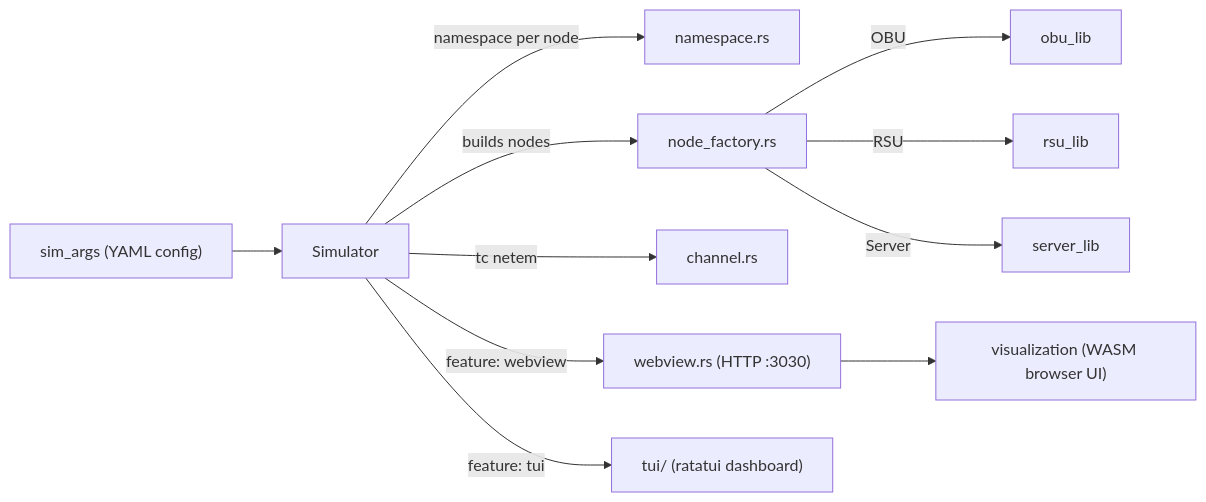
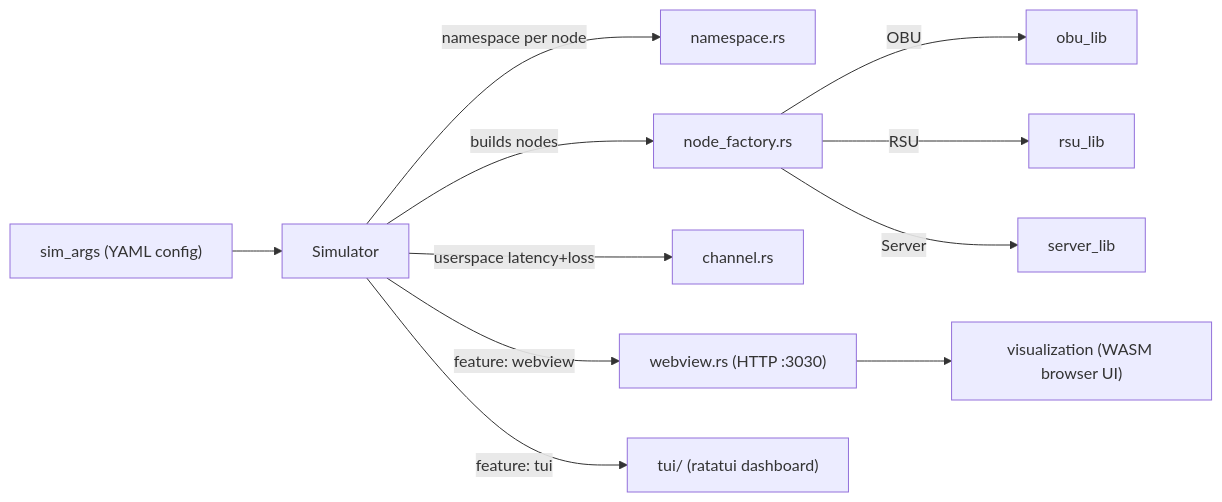
The diagram in simulator/ARCHITECTURE.md (GomesGoncalo/vigilant-parakeet), drawn with Mermaid before and after one commit. The commit also changed other lines of this file and 10 other files, not shown here.

````diff
--- a/simulator/ARCHITECTURE.md
+++ b/simulator/ARCHITECTURE.md
@@ -5,13 +5,13 @@
 ```mermaid
 flowchart LR
   SimArgs["sim_args (YAML config)"] --> Simulator
   Simulator -->|namespace per node| NS["namespace.rs"]
   Simulator -->|builds nodes| NF["node_factory.rs"]
   NF -->|OBU| ObuLib["obu_lib"]
   NF -->|RSU| RsuLib["rsu_lib"]
   NF -->|Server| ServerLib["server_lib"]
-  Simulator -->|tc netem| CH["channel.rs"]
+  Simulator -->|userspace latency+loss| CH["channel.rs"]
   Simulator -->|feature: webview| WV["webview.rs (HTTP :3030)"]
   Simulator -->|feature: tui| TUI["tui/ (ratatui dashboard)"]
   WV --> Visualization["visualization (WASM browser UI)"]
 ```
````
